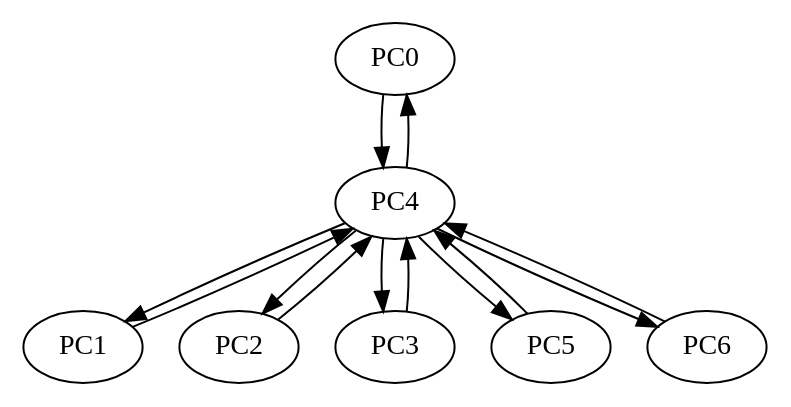
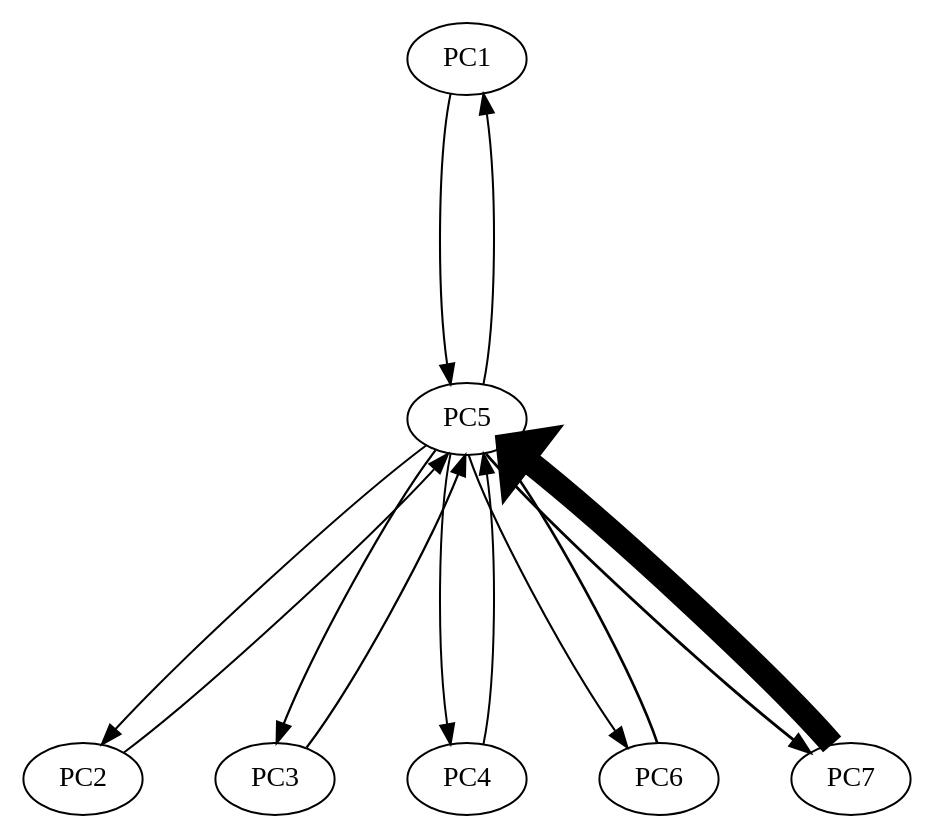
The diagram in test-output/conversation-ipv4.gv (Alfredo-Vargas/nap), drawn with Graphviz before and after one commit. The commit also changed 4 other files, not shown here.

```diff
--- a/test-output/conversation-ipv4.gv
+++ b/test-output/conversation-ipv4.gv
@@ -1,22 +1,23 @@
 // IPv4 Conversations
 digraph {
-	"10.139.1.1" [label=PC0]
-	"104.23.98.190" [label=PC1]
+	graph [nodesep=0.5 ranksep=2]
+	"10.139.1.1" [label=PC1]
 	"34.117.237.239" [label=PC2]
-	"185.199.108.153" [label=PC3]
-	"10.138.38.223" [label=PC4]
-	"5.135.182.68" [label=PC5]
-	"104.23.99.190" [label=PC6]
-	"5.135.182.68" -> "10.138.38.223" [constraint=true]
-	"10.139.1.1" -> "10.138.38.223" [constraint=true]
-	"10.138.38.223" -> "185.199.108.153" [constraint=true]
-	"104.23.99.190" -> "10.138.38.223" [constraint=true]
-	"10.138.38.223" -> "34.117.237.239" [constraint=true]
-	"104.23.98.190" -> "10.138.38.223" [constraint=true]
-	"10.138.38.223" -> "104.23.98.190" [constraint=true]
-	"10.138.38.223" -> "10.139.1.1" [constraint=true]
-	"185.199.108.153" -> "10.138.38.223" [constraint=true]
-	"34.117.237.239" -> "10.138.38.223" [constraint=true]
-	"10.138.38.223" -> "5.135.182.68" [constraint=true]
-	"10.138.38.223" -> "104.23.99.190" [constraint=true]
+	"5.135.182.68" [label=PC3]
+	"104.23.99.190" [label=PC4]
+	"10.138.38.223" [label=PC5]
+	"185.199.108.153" [label=PC6]
+	"104.23.98.190" [label=PC7]
+	"104.23.99.190" -> "10.138.38.223" [penwidth=1.0]
+	"10.138.38.223" -> "10.139.1.1" [penwidth=1.0179686119478428]
+	"10.139.1.1" -> "10.138.38.223" [penwidth=1.044571198441693]
+	"185.199.108.153" -> "10.138.38.223" [penwidth=1.3282492469415348]
+	"10.138.38.223" -> "104.23.98.190" [penwidth=1.4471585141837997]
+	"104.23.98.190" -> "10.138.38.223" [penwidth=12.0]
+	"34.117.237.239" -> "10.138.38.223" [penwidth=1.0247266182024402]
+	"5.135.182.68" -> "10.138.38.223" [penwidth=1.1323800756962452]
+	"10.138.38.223" -> "104.23.99.190" [penwidth=1.0045430075490773]
+	"10.138.38.223" -> "5.135.182.68" [penwidth=1.1151347286318376]
+	"10.138.38.223" -> "185.199.108.153" [penwidth=1.0383330388220646]
+	"10.138.38.223" -> "34.117.237.239" [penwidth=1.030987379849676]
 }
```
